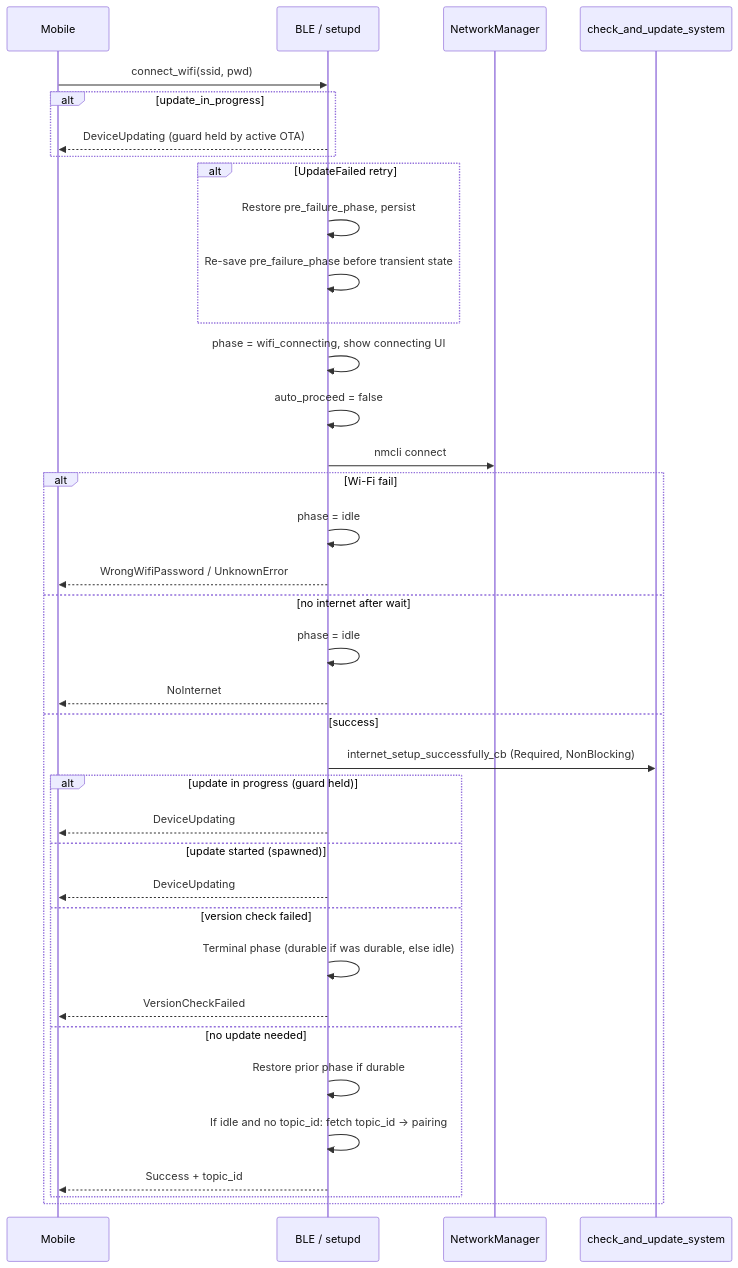
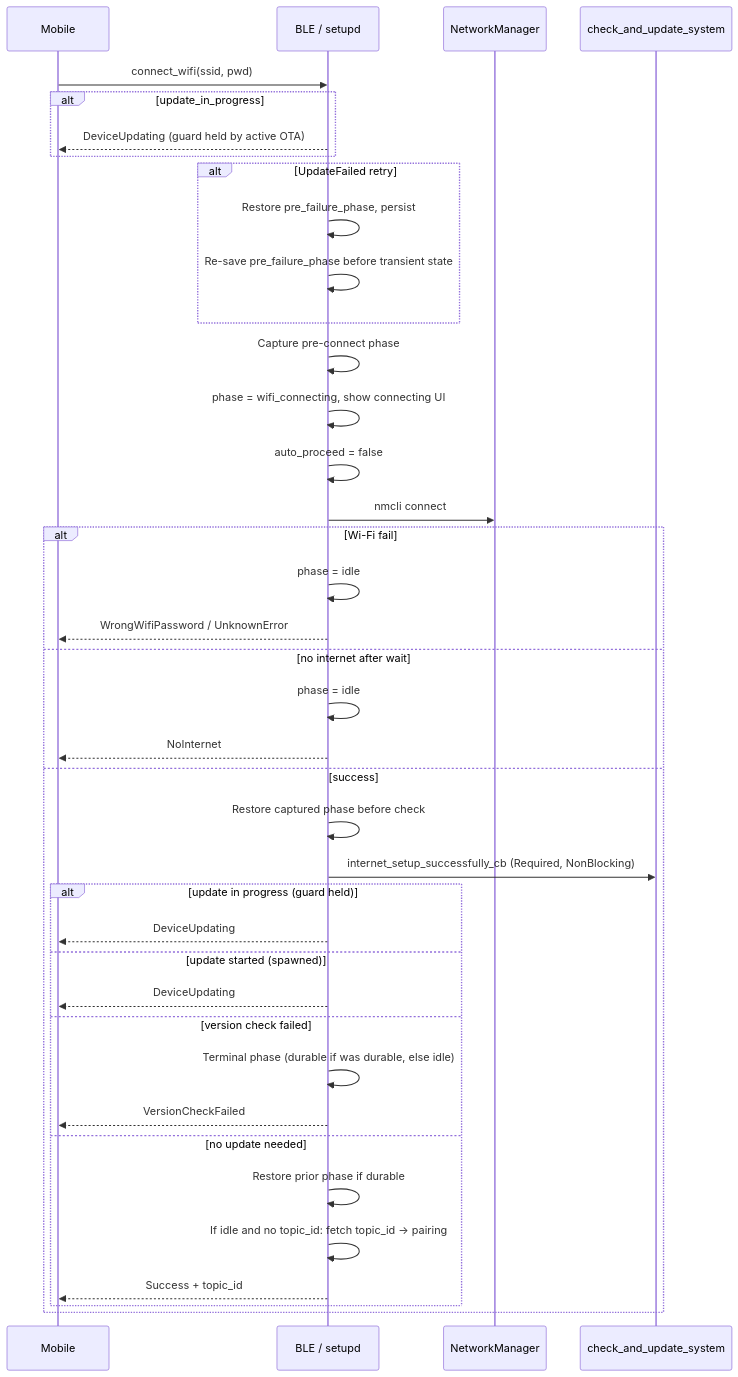
One commit to feral-file/ffos-user changed the fifth of 9 diagrams in docs/feral-setupd-flow.md. Above: the diagram before and after it, drawn with Mermaid. The commit also changed other lines of this file and 2 other files, not shown here.

First line of the commit message:
fix(setupd): preserve Ready phase in connect_wifi retry and migrate legacy topic-only devices

````diff
--- a/docs/feral-setupd-flow.md
+++ b/docs/feral-setupd-flow.md
@@ -219,40 +222,42 @@
 ```mermaid
 sequenceDiagram
   participant M as Mobile
   participant B as BLE / setupd
   participant N as NetworkManager
   participant U as check_and_update_system
 
   M->>B: connect_wifi(ssid, pwd)
   alt update_in_progress
     B-->>M: DeviceUpdating (guard held by active OTA)
   end
   alt UpdateFailed retry
     B->>B: Restore pre_failure_phase, persist
     B->>B: Re-save pre_failure_phase before transient state
   end
+  B->>B: Capture pre-connect phase
   B->>B: phase = wifi_connecting, show connecting UI
   B->>B: auto_proceed = false
   B->>N: nmcli connect
   alt Wi-Fi fail
     B->>B: phase = idle
     B-->>M: WrongWifiPassword / UnknownError
   else no internet after wait
     B->>B: phase = idle
     B-->>M: NoInternet
   else success
+    B->>B: Restore captured phase before check
     B->>U: internet_setup_successfully_cb (Required, NonBlocking)
     alt update in progress (guard held)
       B-->>M: DeviceUpdating
     else update started (spawned)
       B-->>M: DeviceUpdating
     else version check failed
       B->>B: Terminal phase (durable if was durable, else idle)
       B-->>M: VersionCheckFailed
     else no update needed
       B->>B: Restore prior phase if durable
       B->>B: If idle and no topic_id: fetch topic_id → pairing
       B-->>M: Success + topic_id
     end
   end
 ```
````
